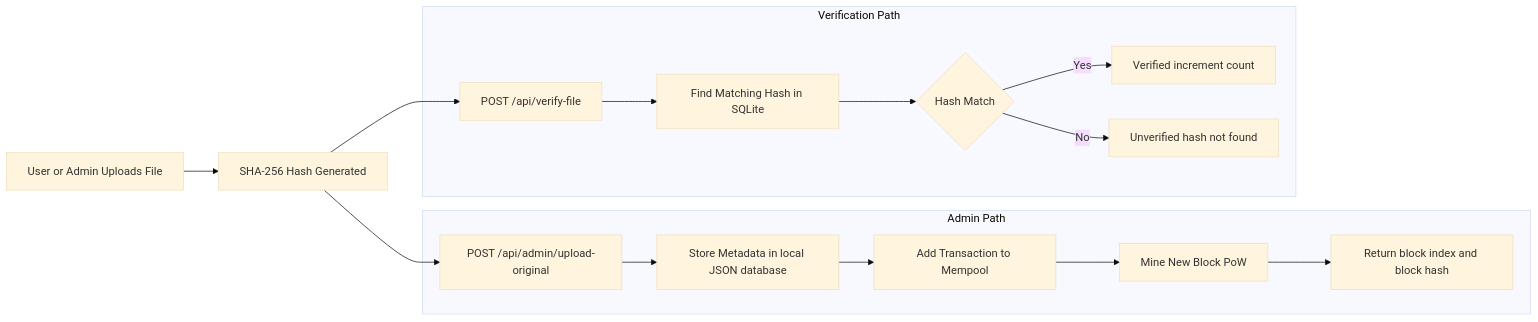
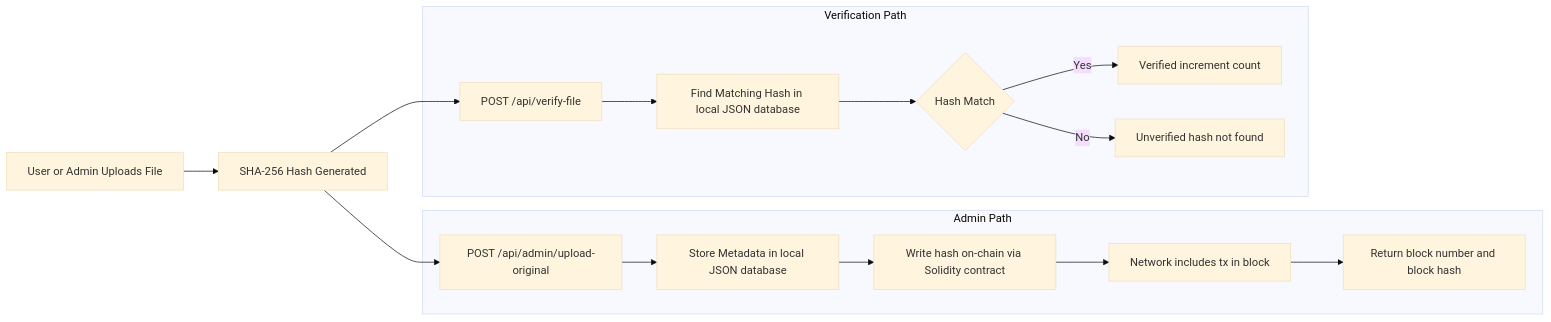
Before and after one commit to codieez/Blockchain-based-file-integrity-checker: the diagram in README.md, drawn with Mermaid (base theme). The commit also changed other lines of this file and 15 other files, not shown here.

````diff
--- a/README.md
+++ b/README.md
@@ -134,31 +144,31 @@
 ```mermaid
 flowchart LR
     U[User or Admin Uploads File]
     H[SHA-256 Hash Generated]
 
     subgraph ADMIN_PATH [Admin Path]
         A1[POST /api/admin/upload-original]
         A2[Store Metadata in local JSON database]
-        A3[Add Transaction to Mempool]
-        A4[Mine New Block PoW]
-        A5[Return block index and block hash]
+        A3[Write hash on-chain via Solidity contract]
+        A4[Network includes tx in block]
+        A5[Return block number and block hash]
     end
 
     subgraph VERIFY_PATH [Verification Path]
         V1[POST /api/verify-file]
-        V2[Find Matching Hash in SQLite]
+        V2[Find Matching Hash in local JSON database]
         V3{Hash Match}
         V4[Verified increment count]
         V5[Unverified hash not found]
     end
 
     U --> H
     H --> A1
     H --> V1
 
     A1 --> A2 --> A3 --> A4 --> A5
     V1 --> V2 --> V3
     V3 -->|Yes| V4
     V3 -->|No| V5
 
 ```
````
